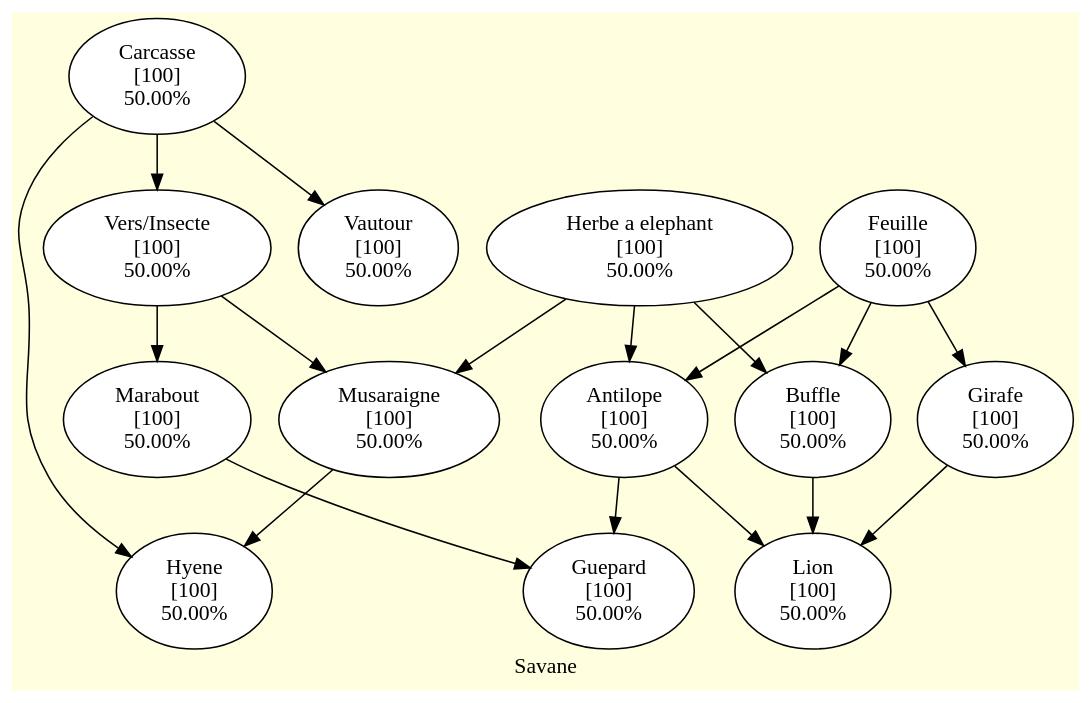
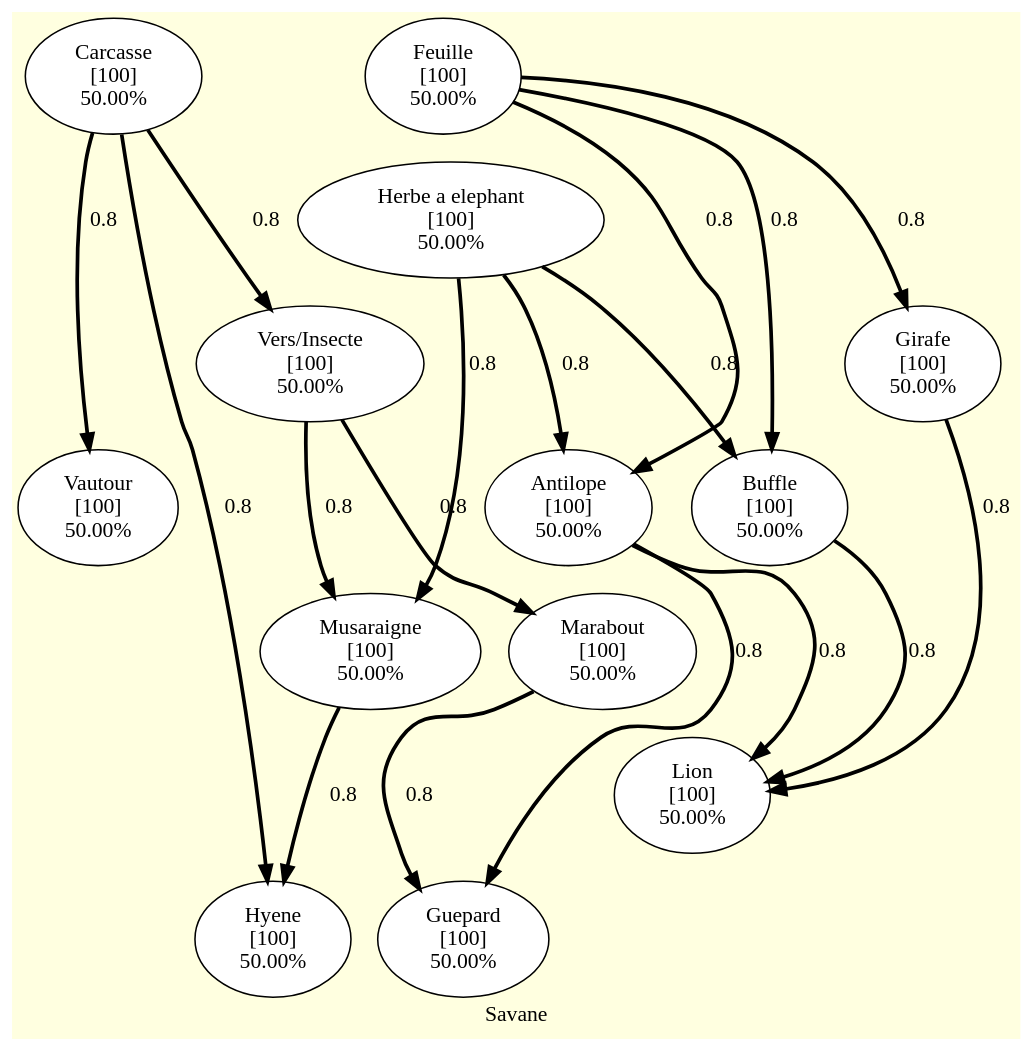
The diagram in GrapheDOT/savane.dot (GTHBgaby/4H-ReseauxTrophiques), drawn with Graphviz before and after one commit. The commit also changed 2 other files, not shown here.

```diff
--- a/GrapheDOT/savane.dot
+++ b/GrapheDOT/savane.dot
@@ -1,65 +1,65 @@
 digraph multigraphe {
     rankdir=TB; // du haut vers le bas
     compound=true;
     newrank=true;
 
     label = "Savane";
     bgcolor = "lightyellow";
     node [shape=ellipse, style=filled, fillcolor=white];
 
     "Musaraigne" [label="Musaraigne\n[100]\n50.00%"]
     "Herbe a elephant" [label="Herbe a elephant\n[100]\n50.00%"]
     "Antilope" [label="Antilope\n[100]\n50.00%"]
     "Buffle" [label="Buffle\n[100]\n50.00%"]
     "Feuille" [label="Feuille\n[100]\n50.00%"]
     "Girafe" [label="Girafe\n[100]\n50.00%"]
     "Vers/Insecte" [label="Vers/Insecte\n[100]\n50.00%"]
     "Carcasse" [label="Carcasse\n[100]\n50.00%"]
     "Hyene" [label="Hyene\n[100]\n50.00%"]
     "Vautour" [label="Vautour\n[100]\n50.00%"]
     "Marabout" [label="Marabout\n[100]\n50.00%"]
     "Guepard" [label="Guepard\n[100]\n50.00%"]
     "Lion" [label="Lion\n[100]\n50.00%"]
 
     // Relations
-    "Herbe a elephant"->"Musaraigne"
-    "Herbe a elephant"->"Antilope"
-    "Herbe a elephant"->"Buffle"
+    "Herbe a elephant"->"Musaraigne" [label="0.8", weight=0.8, penwidth=2.4]
+    "Herbe a elephant"->"Antilope" [label="0.8", weight=0.8, penwidth=2.4]
+    "Herbe a elephant"->"Buffle" [label="0.8", weight=0.8, penwidth=2.4]
 
-    "Feuille"->"Antilope"
-    "Feuille"->"Buffle"
-    "Feuille"->"Girafe"
+    "Feuille"->"Antilope" [label="0.8", weight=0.8, penwidth=2.4]
+    "Feuille"->"Buffle" [label="0.8", weight=0.8, penwidth=2.4]
+    "Feuille"->"Girafe" [label="0.8", weight=0.8, penwidth=2.4]
 
-    "Carcasse"->"Vers/Insecte"
-    "Carcasse"->"Hyene"
-    "Carcasse" ->"Vautour"
+    "Carcasse"->"Vers/Insecte" [label="0.8", weight=0.8, penwidth=2.4]
+    "Carcasse"->"Hyene" [label="0.8", weight=0.8, penwidth=2.4]
+    "Carcasse" ->"Vautour" [label="0.8", weight=0.8, penwidth=2.4]
 
-    "Vers/Insecte" ->"Marabout"
-    "Vers/Insecte"->"Musaraigne"
+    "Vers/Insecte" ->"Marabout" [label="0.8", weight=0.8, penwidth=2.4]
+    "Vers/Insecte"->"Musaraigne" [label="0.8", weight=0.8, penwidth=2.4]
 
-    "Marabout" ->"Guepard"
+    "Marabout" ->"Guepard" [label="0.8", weight=0.8, penwidth=2.4]
 
-    "Musaraigne"->"Hyene"
+    "Musaraigne"->"Hyene" [label="0.8", weight=0.8, penwidth=2.4]
 
-    "Antilope"->"Guepard"
-    "Antilope" ->"Lion"
+    "Antilope"->"Guepard" [label="0.8", weight=0.8, penwidth=2.4]
+    "Antilope" ->"Lion" [label="0.8", weight=0.8, penwidth=2.4]
 
-    "Buffle" ->"Lion"
+    "Buffle" ->"Lion" [label="0.8", weight=0.8, penwidth=2.4]
 
-    "Girafe" ->"Lion"
+    "Girafe" ->"Lion" [label="0.8", weight=0.8, penwidth=2.4]
 
    // Force la disposition
     {rank=same; "Herbe a elephant"}
     {rank=same; Feuille}
     {rank=same; Carcasse}
     {rank=same; "Vers/Insecte"}
     {rank=same; Marabout}
     {rank=same; Musaraigne}
     {rank=same; Antilope}
     {rank=same; Buffle}
     {rank=same; Girafe}
     {rank=same; Hyene}
     {rank=same; Guepard}
     {rank=same; Lion}
     {rank=same; Vautour}
 }
```
